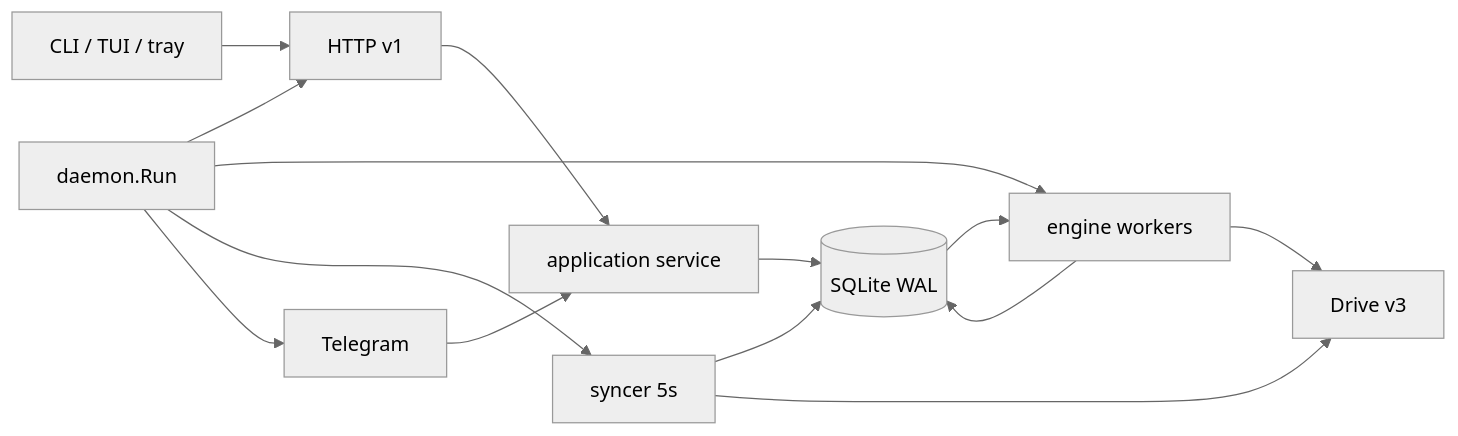
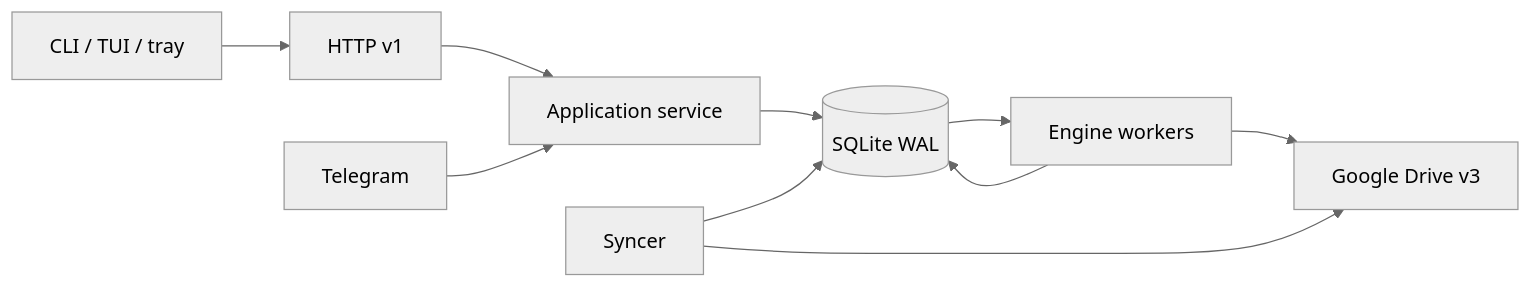
One commit to itsgiahung/502Drive changed the diagram in docs/architecture.md. Above: the diagram before and after it, drawn with Mermaid (neutral theme). The commit also changed other lines of this file and 59 other files, not shown here.

````diff
--- a/docs/architecture.md
+++ b/docs/architecture.md
@@ -37,16 +37,12 @@
 ```mermaid
 flowchart LR
-  CLI[CLI / TUI / tray] --> HTTP[HTTP v1]
+  CLIENT[CLI / TUI / tray] --> HTTP[HTTP v1]
+  HTTP --> APP[Application service]
   TG[Telegram] --> APP
-  HTTP --> APP[application service]
   APP --> DB[(SQLite WAL)]
-  DB --> ENG[engine workers]
-  ENG --> DRIVE[Drive v3]
+  DB --> ENG[Engine workers]
+  ENG --> DRIVE[Google Drive v3]
   ENG --> DB
-  SYNC[syncer 5s] --> DB
+  SYNC[Syncer] --> DB
   SYNC --> DRIVE
-  DAEMON[daemon.Run] --> HTTP
-  DAEMON --> ENG
-  DAEMON --> SYNC
-  DAEMON --> TG
 ```
````
